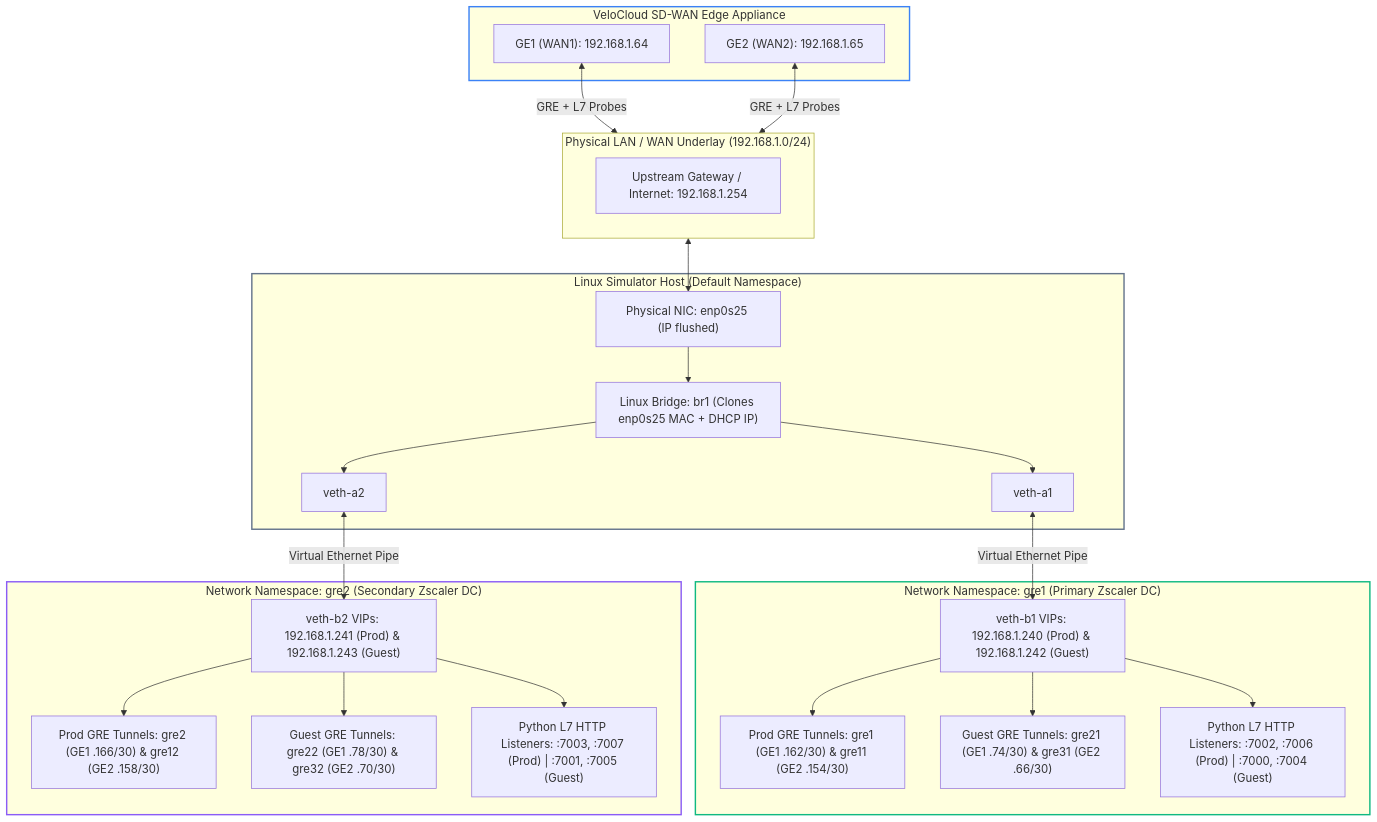
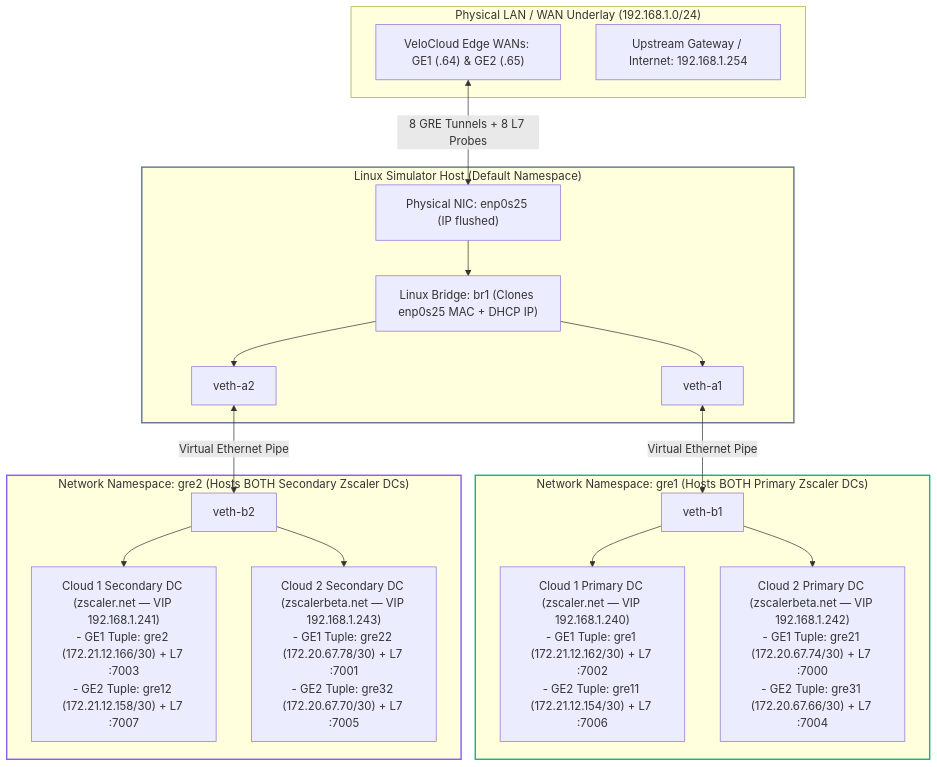
The second of 4 diagrams in README.md (iafilius/velocloud-zscaler-gre-simulator), drawn with Mermaid before and after one commit. The commit also changed other lines of this file and 2 other files, not shown here.

Commit message:
Clarify Zscaler Cloud vs Primary/Secondary DC & Unique 3-Tuple GRE/L7 topology diagrams

````diff
--- a/README.md
+++ b/README.md
@@ -36,52 +92,41 @@
 ```mermaid
 flowchart TB
-    subgraph EDGE["VeloCloud SD-WAN Edge Appliance"]
-        GE1["GE1 (WAN1): 192.168.1.64"]
-        GE2["GE2 (WAN2): 192.168.1.65"]
-    end
-
     subgraph UNDERLAY["Physical LAN / WAN Underlay (192.168.1.0/24)"]
+        EDGE_WAN["VeloCloud Edge WANs: GE1 (.64) & GE2 (.65)"]
         GW["Upstream Gateway / Internet: 192.168.1.254"]
     end
 
     subgraph HOST["Linux Simulator Host (Default Namespace)"]
         NIC["Physical NIC: enp0s25 (IP flushed)"]
         BR1["Linux Bridge: br1 (Clones enp0s25 MAC + DHCP IP)"]
         VA1["veth-a1"]
         VA2["veth-a2"]
         NIC --> BR1
         BR1 --> VA1
         BR1 --> VA2
     end
 
-    subgraph NS_GRE1["Network Namespace: gre1 (Primary Zscaler DC)"]
-        VB1["veth-b1 VIPs: 192.168.1.240 (Prod) & 192.168.1.242 (Guest)"]
-        T_PRI_PROD["Prod GRE Tunnels: gre1 (GE1 .162/30) & gre11 (GE2 .154/30)"]
-        T_PRI_GUEST["Guest GRE Tunnels: gre21 (GE1 .74/30) & gre31 (GE2 .66/30)"]
-        L7_PRI["Python L7 HTTP Listeners: :7002, :7006 (Prod) | :7000, :7004 (Guest)"]
-        VB1 --> T_PRI_PROD
-        VB1 --> T_PRI_GUEST
-        VB1 --> L7_PRI
+    subgraph NS_GRE1["Network Namespace: gre1 (Hosts BOTH Primary Zscaler DCs)"]
+        VB1["veth-b1"]
+        PRI_C1["Cloud 1 Primary DC (zscaler.net — VIP 192.168.1.240)\n- GE1 Tuple: gre1 (172.21.12.162/30) + L7 :7002\n- GE2 Tuple: gre11 (172.21.12.154/30) + L7 :7006"]
+        PRI_C2["Cloud 2 Primary DC (zscalerbeta.net — VIP 192.168.1.242)\n- GE1 Tuple: gre21 (172.20.67.74/30) + L7 :7000\n- GE2 Tuple: gre31 (172.20.67.66/30) + L7 :7004"]
+        VB1 --> PRI_C1
+        VB1 --> PRI_C2
     end
 
-    subgraph NS_GRE2["Network Namespace: gre2 (Secondary Zscaler DC)"]
-        VB2["veth-b2 VIPs: 192.168.1.241 (Prod) & 192.168.1.243 (Guest)"]
-        T_SEC_PROD["Prod GRE Tunnels: gre2 (GE1 .166/30) & gre12 (GE2 .158/30)"]
-        T_SEC_GUEST["Guest GRE Tunnels: gre22 (GE1 .78/30) & gre32 (GE2 .70/30)"]
-        L7_SEC["Python L7 HTTP Listeners: :7003, :7007 (Prod) | :7001, :7005 (Guest)"]
-        VB2 --> T_SEC_PROD
-        VB2 --> T_SEC_GUEST
-        VB2 --> L7_SEC
+    subgraph NS_GRE2["Network Namespace: gre2 (Hosts BOTH Secondary Zscaler DCs)"]
+        VB2["veth-b2"]
+        SEC_C1["Cloud 1 Secondary DC (zscaler.net — VIP 192.168.1.241)\n- GE1 Tuple: gre2 (172.21.12.166/30) + L7 :7003\n- GE2 Tuple: gre12 (172.21.12.158/30) + L7 :7007"]
+        SEC_C2["Cloud 2 Secondary DC (zscalerbeta.net — VIP 192.168.1.243)\n- GE1 Tuple: gre22 (172.20.67.78/30) + L7 :7001\n- GE2 Tuple: gre32 (172.20.67.70/30) + L7 :7005"]
+        VB2 --> SEC_C1
+        VB2 --> SEC_C2
     end
 
-    GE1 <-->|"GRE + L7 Probes"| UNDERLAY
-    GE2 <-->|"GRE + L7 Probes"| UNDERLAY
-    UNDERLAY <--> NIC
+    EDGE_WAN <-->|"8 GRE Tunnels + 8 L7 Probes"| NIC
     VA1 <-->|"Virtual Ethernet Pipe"| VB1
     VA2 <-->|"Virtual Ethernet Pipe"| VB2
 
-    style EDGE stroke:#3b82f6,stroke-width:2px
     style HOST stroke:#64748b,stroke-width:2px
     style NS_GRE1 stroke:#10b981,stroke-width:2px
     style NS_GRE2 stroke:#8b5cf6,stroke-width:2px
 ```
````
